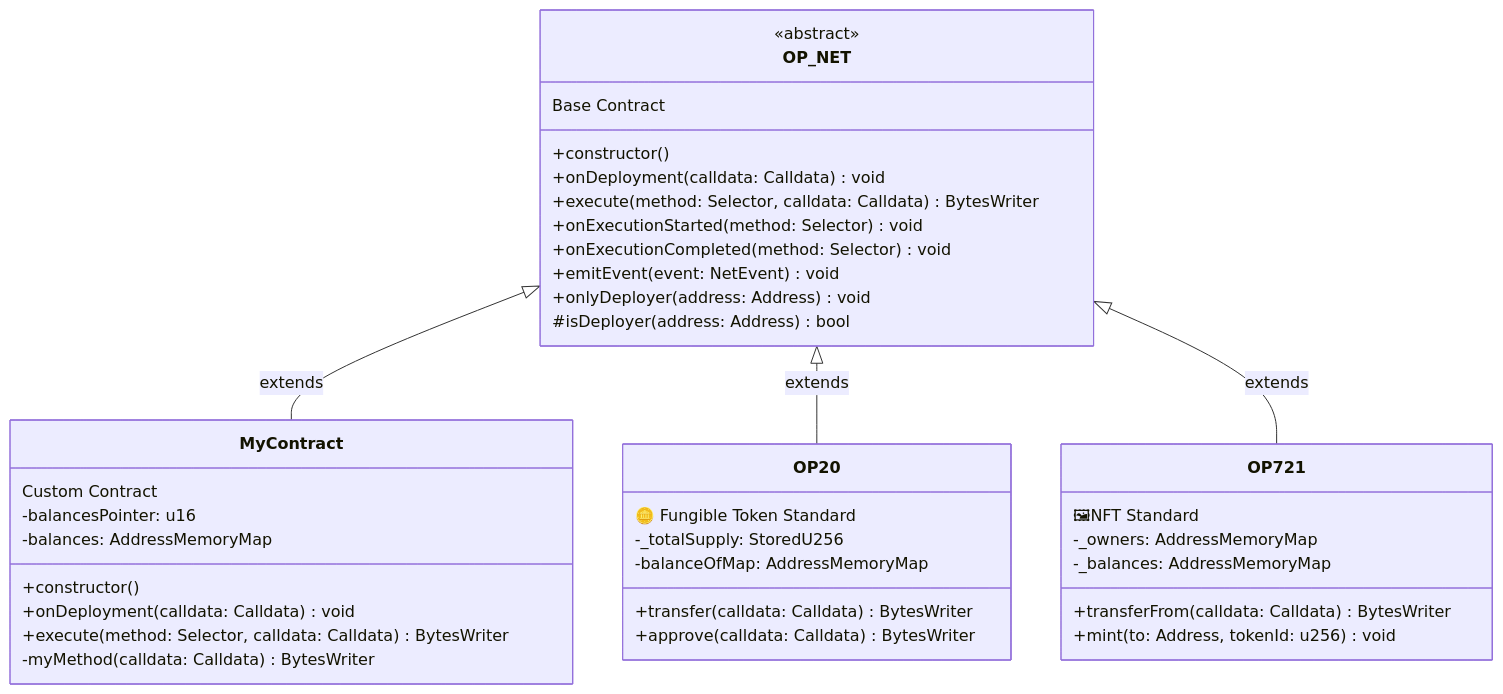
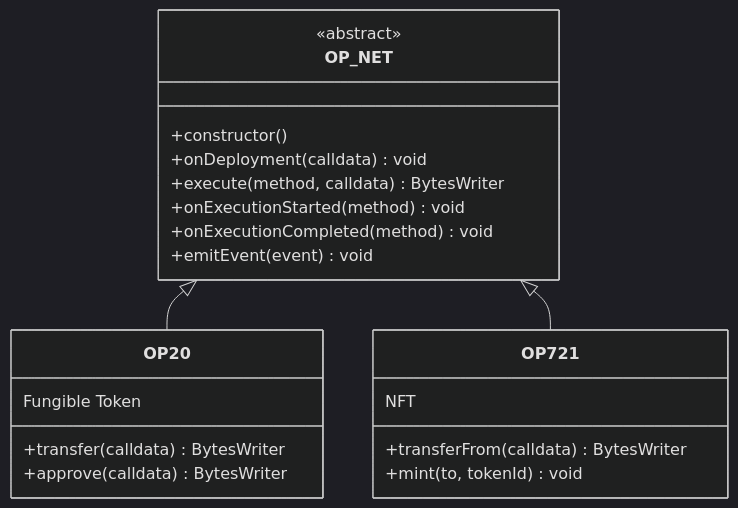
Before and after one commit to btc-vision/btc-runtime: the third of 4 diagrams in docs/contracts/op-net-base.md, drawn with Mermaid. The commit also changed other lines of this file and 6 other files, not shown here.

First line of the commit message:
Refactor diagrams and clarify documentation

````diff
--- a/docs/contracts/op-net-base.md
+++ b/docs/contracts/op-net-base.md
@@ -95,45 +76,31 @@
 ```mermaid
+---
+config:
+  theme: dark
+---
 classDiagram
     class OP_NET {
         <<abstract>>
-        Base Contract
         +constructor()
-        +onDeployment(calldata: Calldata) void
-        +execute(method: Selector, calldata: Calldata) BytesWriter
-        +onExecutionStarted(method: Selector) void
-        +onExecutionCompleted(method: Selector) void
-        +emitEvent(event: NetEvent) void
-        +onlyDeployer(address: Address) void
-        #isDeployer(address: Address) bool
-    }
-
-    class MyContract {
-        Custom Contract
-        -balancesPointer: u16
-        -balances: AddressMemoryMap
-        +constructor()
-        +onDeployment(calldata: Calldata) void
-        +execute(method: Selector, calldata: Calldata) BytesWriter
-        -myMethod(calldata: Calldata) BytesWriter
+        +onDeployment(calldata) void
+        +execute(method, calldata) BytesWriter
+        +onExecutionStarted(method) void
+        +onExecutionCompleted(method) void
+        +emitEvent(event) void
     }
 
     class OP20 {
-        🪙 Fungible Token Standard
-        -_totalSupply: StoredU256
-        -balanceOfMap: AddressMemoryMap
-        +transfer(calldata: Calldata) BytesWriter
-        +approve(calldata: Calldata) BytesWriter
+        Fungible Token
+        +transfer(calldata) BytesWriter
+        +approve(calldata) BytesWriter
     }
 
     class OP721 {
-        🖼NFT Standard
-        -_owners: AddressMemoryMap
-        -_balances: AddressMemoryMap
-        +transferFrom(calldata: Calldata) BytesWriter
-        +mint(to: Address, tokenId: u256) void
+        NFT
+        +transferFrom(calldata) BytesWriter
+        +mint(to, tokenId) void
     }
 
-    OP_NET <|-- MyContract : extends
-    OP_NET <|-- OP20 : extends
-    OP_NET <|-- OP721 : extends
+    OP_NET <|-- OP20
+    OP_NET <|-- OP721
 ```
````
